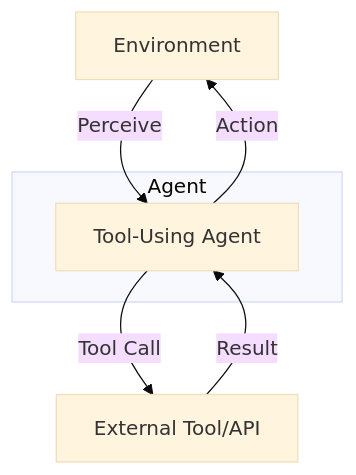
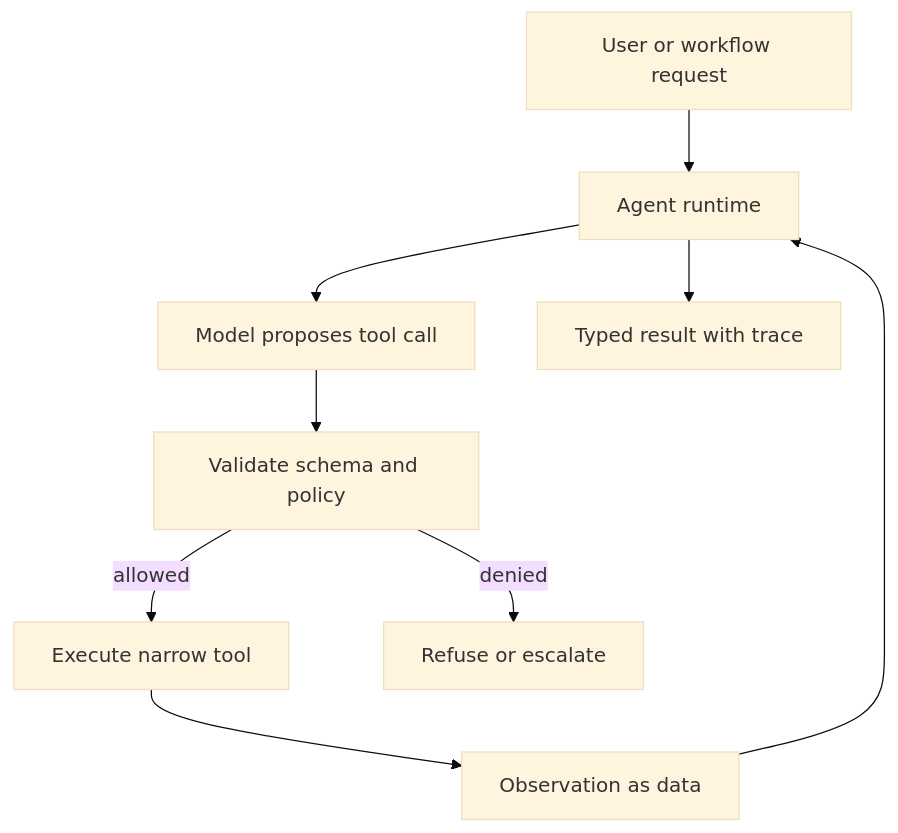
One commit to GTuritto/Agentic-Systems-Patterns changed the diagram in tool-using-agent-pattern/README.md. Above: the diagram before and after it, drawn with Mermaid (base theme). The commit also changed other lines of this file and 3 other files, not shown here.

````diff
--- a/tool-using-agent-pattern/README.md
+++ b/tool-using-agent-pattern/README.md
@@ -35,10 +27,11 @@
 ```mermaid
 flowchart TD
-    E[Environment] -- Perceive --> A[Tool-Using Agent]
-    A -- Action --> E
-    A -- Tool Call --> T[External Tool/API]
-    T -- Result --> A
-    subgraph Agent
-        A
-    end
+    U[User or workflow request] --> A[Agent runtime]
+    A --> M[Model proposes tool call]
+    M --> V[Validate schema and policy]
+    V -->|allowed| T[Execute narrow tool]
+    V -->|denied| H[Refuse or escalate]
+    T --> O[Observation as data]
+    O --> A
+    A --> R[Typed result with trace]
 ```
````
